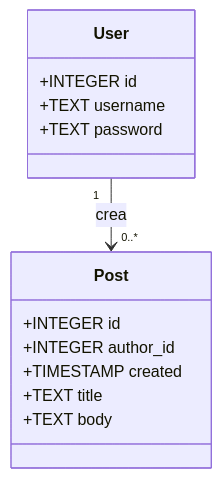
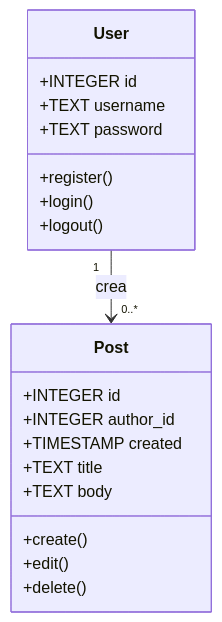
One commit to SudipKandel07/pallets-flask changed the diagram in examples/tutorial/docs/class_diagram.md. Above: the diagram before and after it, drawn with Mermaid. The commit also changed other lines of this file, not shown here.

Commit message:
Actualitzar diagrama de classes UML

````diff
--- a/examples/tutorial/docs/class_diagram.md
+++ b/examples/tutorial/docs/class_diagram.md
@@ -5,18 +4,24 @@
 ```mermaid
 classDiagram
     class User {
         +INTEGER id
         +TEXT username
         +TEXT password
+        +register()
+        +login()
+        +logout()
     }
 
     class Post {
         +INTEGER id
         +INTEGER author_id
         +TIMESTAMP created
         +TEXT title
         +TEXT body
+        +create()
+        +edit()
+        +delete()
     }
 
     User "1" --> "0..*" Post : crea
 ```
````
